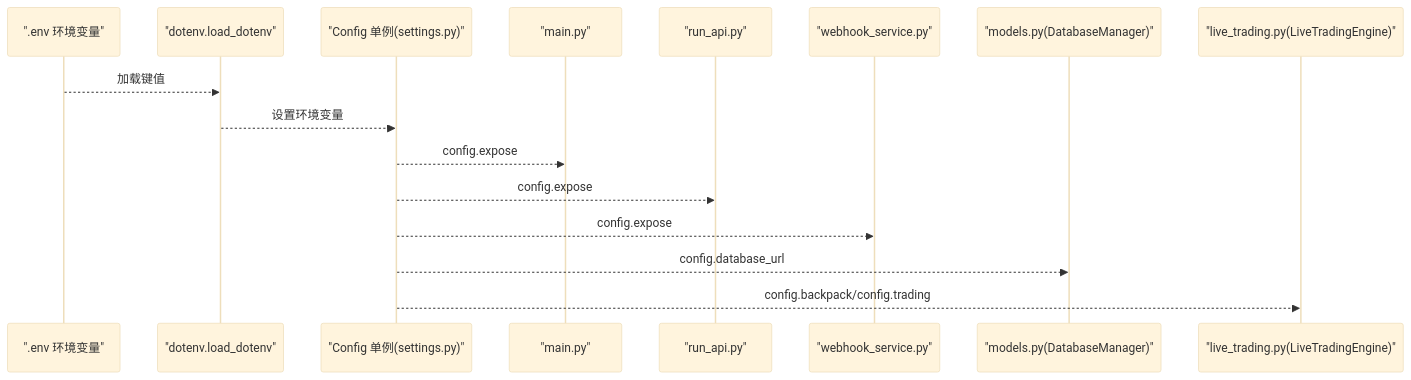
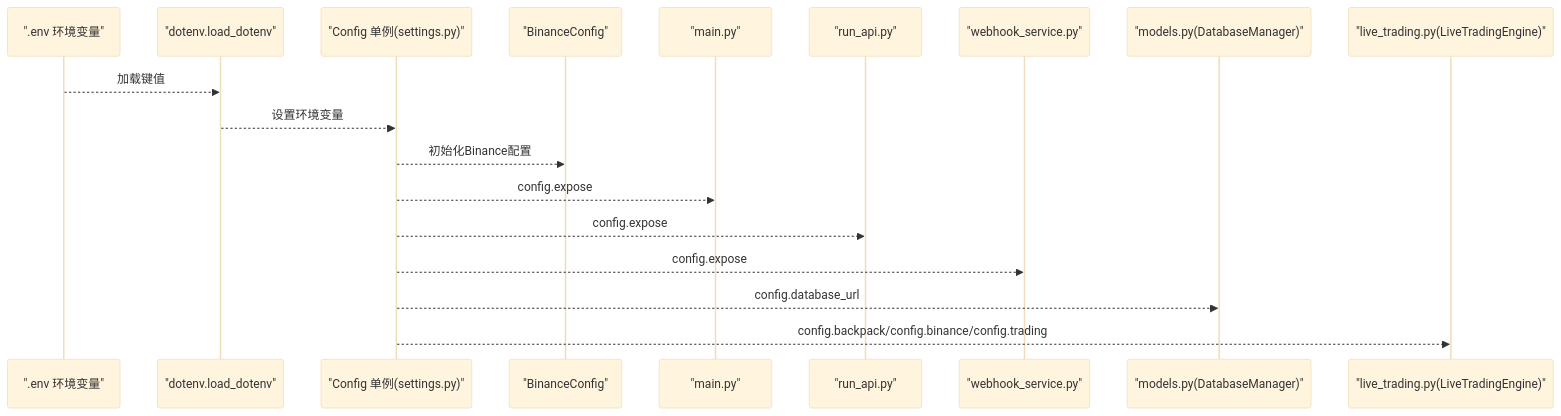
Before and after one commit to zyf266/ending: the second of 3 diagrams in .qoder/repowiki/zh/content/配置管理/配置管理.md, drawn with Mermaid (base theme). The commit also changed other lines of this file and 60 other files, not shown here.

````diff
--- a/.qoder/repowiki/zh/content/配置管理/配置管理.md
+++ b/.qoder/repowiki/zh/content/配置管理/配置管理.md
@@ -108,18 +114,20 @@
 ```mermaid
 sequenceDiagram
 participant ENV as ".env 环境变量"
 participant DOTENV as "dotenv.load_dotenv"
 participant CFG as "Config 单例(settings.py)"
+participant BINANCE as "BinanceConfig"
 participant MAIN as "main.py"
 participant API as "run_api.py"
 participant WH as "webhook_service.py"
 participant DB as "models.py(DatabaseManager)"
 participant LT as "live_trading.py(LiveTradingEngine)"
 ENV-->>DOTENV : 加载键值
 DOTENV-->>CFG : 设置环境变量
+CFG-->>BINANCE : 初始化Binance配置
 CFG-->>MAIN : config.expose
 CFG-->>API : config.expose
 CFG-->>WH : config.expose
 CFG-->>DB : config.database_url
-CFG-->>LT : config.backpack/config.trading
+CFG-->>LT : config.backpack/config.binance/config.trading
 ```
````
